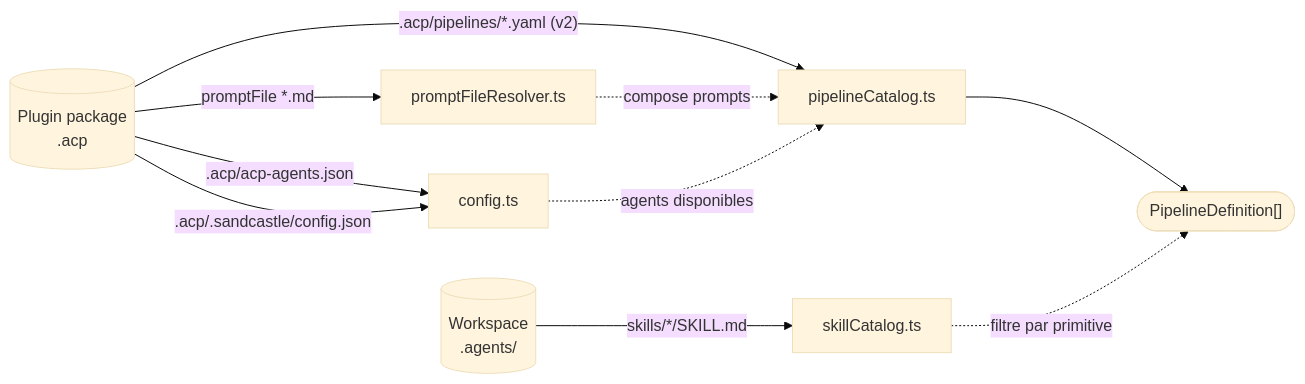
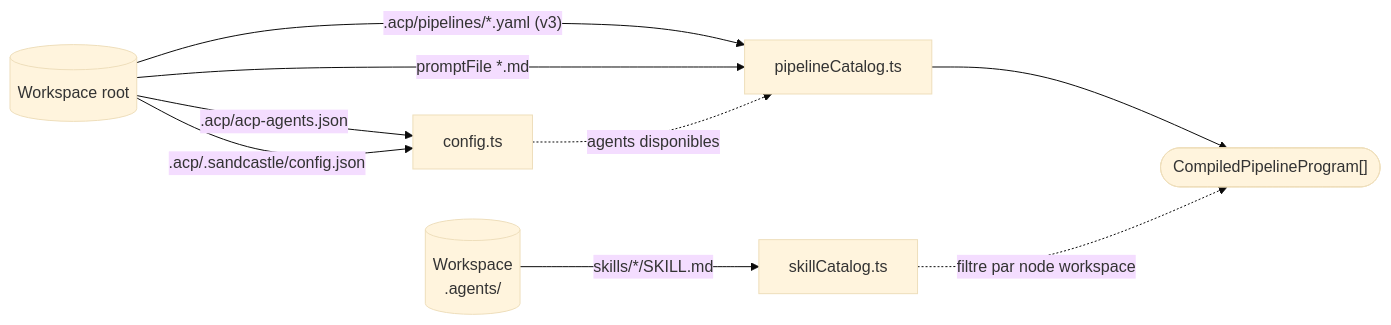
The second of 4 diagrams in plugin-pi/docs/architecture.md (maurice30120/vscode-acp), drawn with Mermaid (base theme) before and after one commit. The commit also changed other lines of this file and 54 other files, not shown here.

Commit message:
Remove Pi packaged config and v2 pipeline APIs

````diff
--- a/plugin-pi/docs/architecture.md
+++ b/plugin-pi/docs/architecture.md
@@ -162,21 +157,19 @@
 ```mermaid
 flowchart LR
-  Plugin[("Plugin package<br/>.acp")]
+  Workspace[("Workspace root")]
   Disk[("Workspace<br/>.agents/")]
   Cfg["config.ts"]
   Pipes["pipelineCatalog.ts"]
-  PromptFiles["promptFileResolver.ts"]
   Skills["skillCatalog.ts"]
-  Defs(["PipelineDefinition[]"])
+  Programs(["CompiledPipelineProgram[]"])
 
-  Plugin -->|".acp/acp-agents.json"| Cfg
-  Plugin -->|".acp/.sandcastle/config.json"| Cfg
-  Plugin -->|".acp/pipelines/*.yaml (v2)"| Pipes
-  Plugin -->|"promptFile *.md"| PromptFiles
+  Workspace -->|".acp/acp-agents.json"| Cfg
+  Workspace -->|".acp/.sandcastle/config.json"| Cfg
+  Workspace -->|".acp/pipelines/*.yaml (v3)"| Pipes
+  Workspace -->|"promptFile *.md"| Pipes
   Disk -->|"skills/*/SKILL.md"| Skills
 
-  Pipes --> Defs
-  PromptFiles -.->|"compose prompts"| Pipes
+  Pipes --> Programs
   Cfg -.->|"agents disponibles"| Pipes
-  Skills -.->|"filtre par primitive"| Defs
+  Skills -.->|"filtre par node workspace"| Programs
 ```
````
